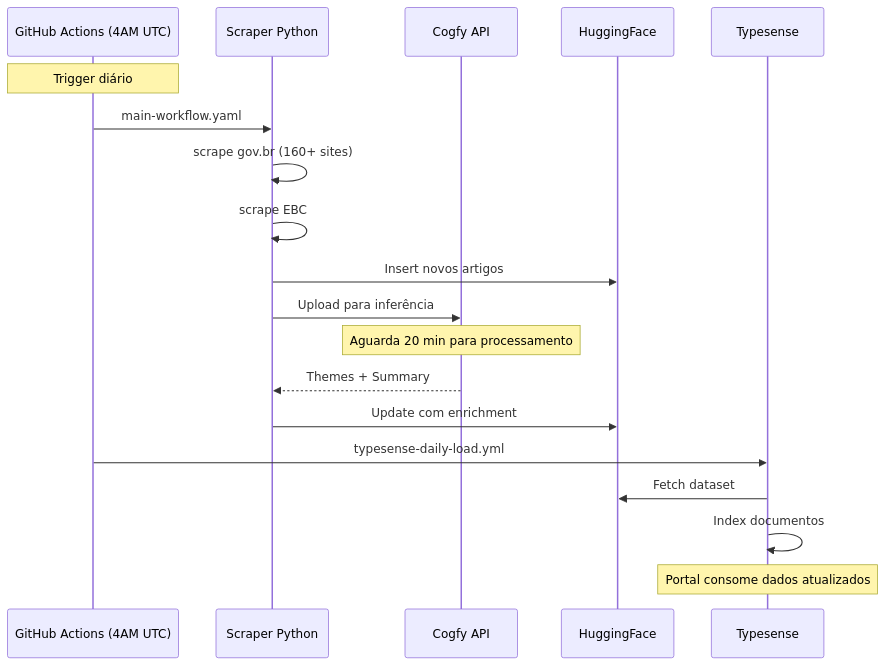
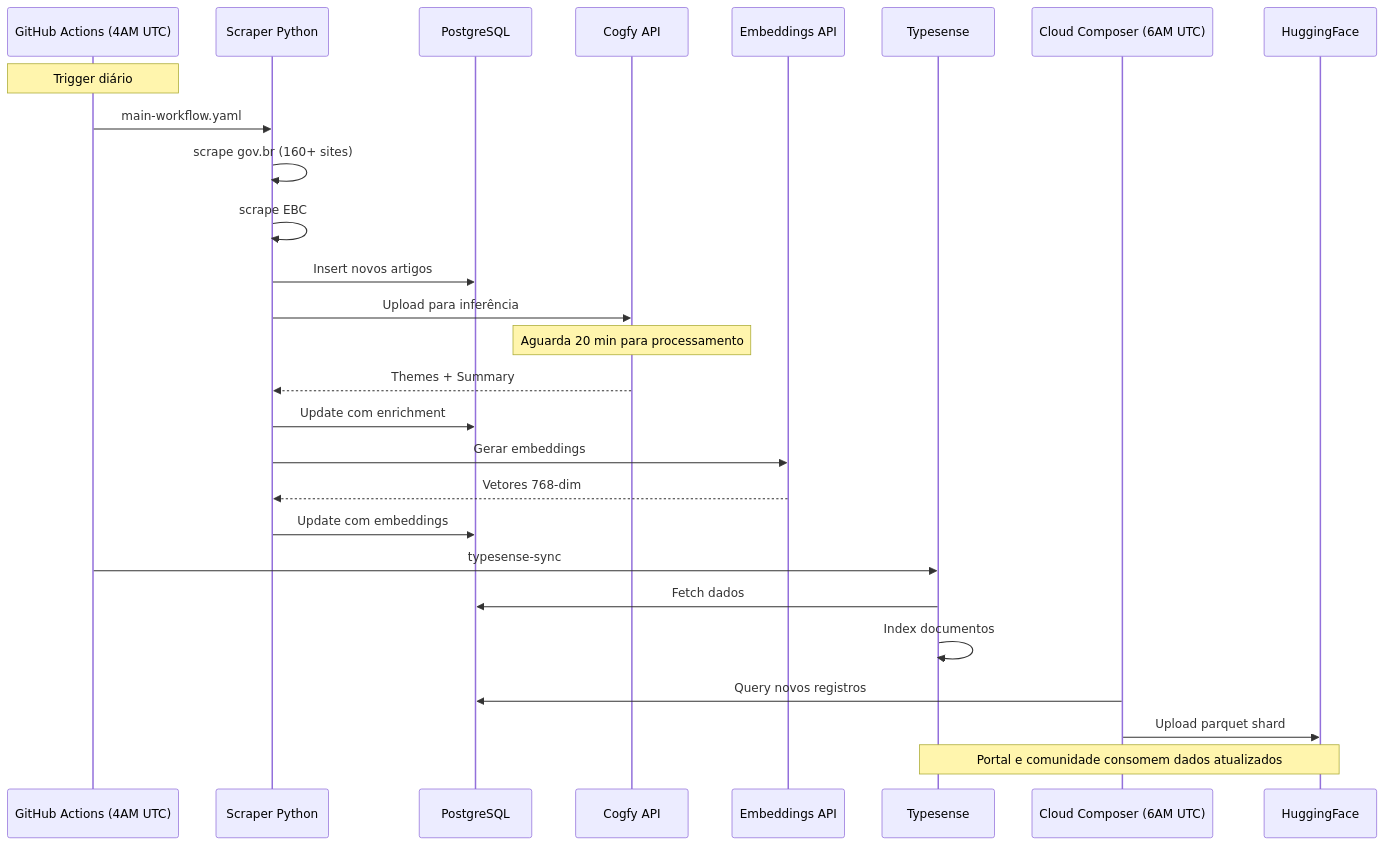
One commit to destaquesgovbr/docs changed the second of 2 diagrams in docs/arquitetura/visao-geral.md. Above: the diagram before and after it, drawn with Mermaid. The commit also changed other lines of this file and 8 other files, not shown here.

First line of the commit message:
docs: atualiza arquitetura para PostgreSQL como fonte de verdade

````diff
--- a/docs/arquitetura/visao-geral.md
+++ b/docs/arquitetura/visao-geral.md
@@ -133,26 +185,36 @@
 ```mermaid
 sequenceDiagram
     participant Cron as GitHub Actions (4AM UTC)
     participant Scraper as Scraper Python
+    participant PG as PostgreSQL
     participant Cogfy as Cogfy API
+    participant EMB as Embeddings API
+    participant TS as Typesense
+    participant Airflow as Cloud Composer (6AM UTC)
     participant HF as HuggingFace
-    participant TS as Typesense
 
     Note over Cron: Trigger diário
 
     Cron->>Scraper: main-workflow.yaml
     Scraper->>Scraper: scrape gov.br (160+ sites)
     Scraper->>Scraper: scrape EBC
-    Scraper->>HF: Insert novos artigos
+    Scraper->>PG: Insert novos artigos
 
     Scraper->>Cogfy: Upload para inferência
     Note over Cogfy: Aguarda 20 min para processamento
     Cogfy-->>Scraper: Themes + Summary
-    Scraper->>HF: Update com enrichment
+    Scraper->>PG: Update com enrichment
 
-    Cron->>TS: typesense-daily-load.yml
-    TS->>HF: Fetch dataset
+    Scraper->>EMB: Gerar embeddings
+    EMB-->>Scraper: Vetores 768-dim
+    Scraper->>PG: Update com embeddings
+
+    Cron->>TS: typesense-sync
+    TS->>PG: Fetch dados
     TS->>TS: Index documentos
 
-    Note over TS: Portal consome dados atualizados
+    Airflow->>PG: Query novos registros
+    Airflow->>HF: Upload parquet shard
+
+    Note over TS,HF: Portal e comunidade consomem dados atualizados
 ```
````
